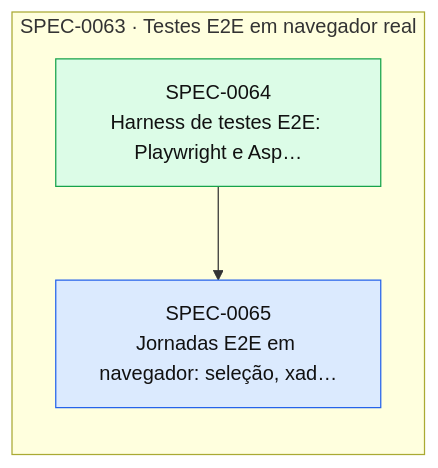
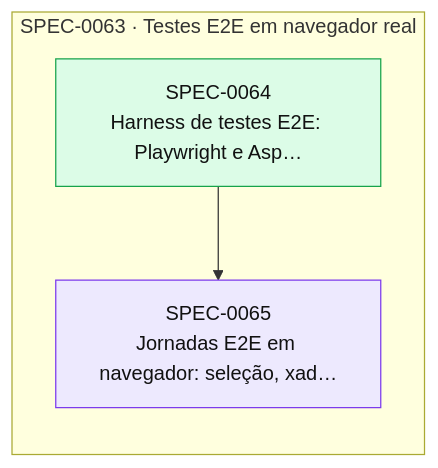
The diagram in docs/specs/INDEX.md (thomasravache/xo-arena), drawn with Mermaid before and after one commit. The commit also changed other lines of this file and 1 other file, not shown here.

First line of the commit message:
docs(specs): registrar gates G1-G4 da SPEC-0065

````diff
--- a/docs/specs/INDEX.md
+++ b/docs/specs/INDEX.md
@@ -38,13 +38,13 @@
 ```mermaid
 flowchart LR
   subgraph E0063["SPEC-0063 · Testes E2E em navegador real"]
     S0064["SPEC-0064<br/>Harness de testes E2E: Playwright e Asp…"]:::implemented
-    S0065["SPEC-0065<br/>Jornadas E2E em navegador: seleção, xad…"]:::approved
+    S0065["SPEC-0065<br/>Jornadas E2E em navegador: seleção, xad…"]:::inprogress
   end
   S0064 --> S0065
   classDef proposed fill:#fef3c7,stroke:#d97706,color:#111
   classDef approved fill:#dbeafe,stroke:#2563eb,color:#111
   classDef inprogress fill:#ede9fe,stroke:#7c3aed,color:#111
   classDef implemented fill:#dcfce7,stroke:#16a34a,color:#111
   classDef deprecated fill:#f3f4f6,stroke:#9ca3af,color:#6b7280
 ```
````
